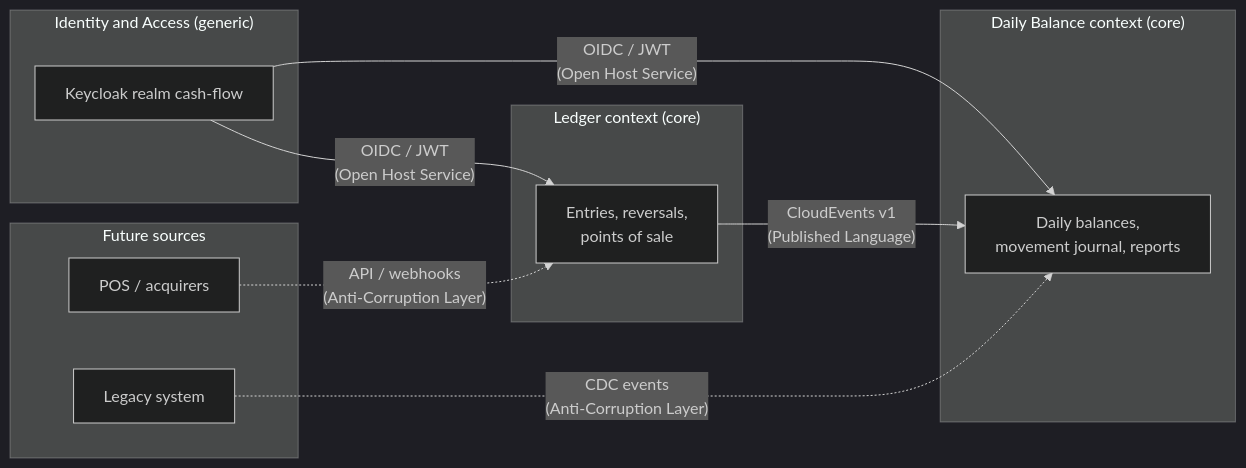
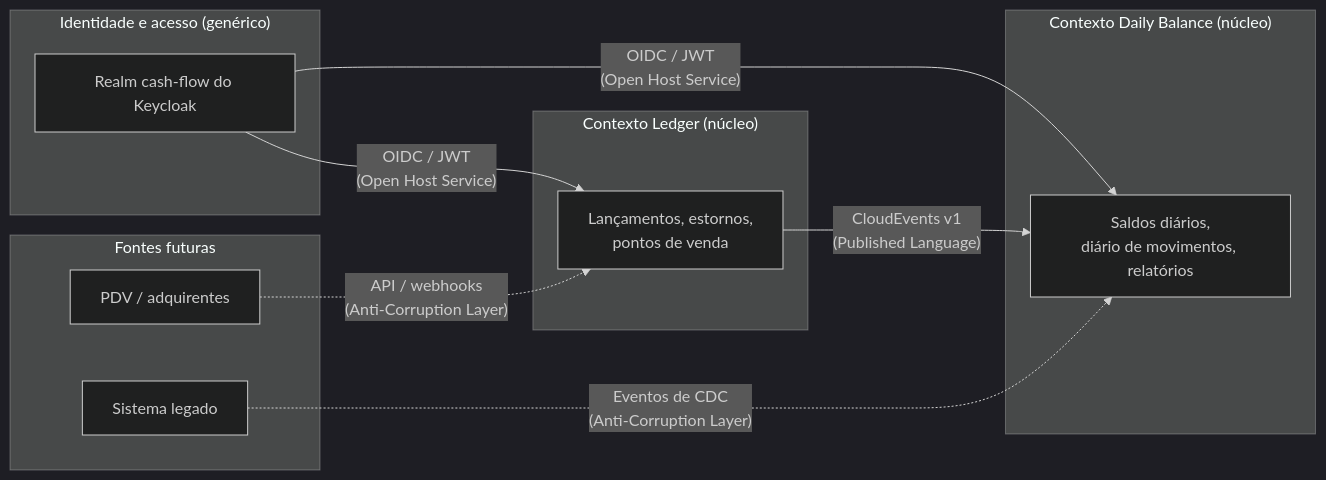
Before and after one commit to joaorizzont/cash-flow-test: the second of 3 diagrams in docs/01-business-domains-and-capabilities.md, drawn with Mermaid (dark theme). The commit also changed other lines of this file and 23 other files, not shown here.

First line of the commit message:
docs: translate architecture documentation to portuguese

````diff
--- a/docs/01-business-domains-and-capabilities.md
+++ b/docs/01-business-domains-and-capabilities.md
@@ -52,25 +52,25 @@
 ```mermaid
 flowchart LR
-  subgraph Identity["Identity and Access (generic)"]
-    KC[Keycloak realm cash-flow]
+  subgraph Identity["Identidade e acesso (genérico)"]
+    KC[Realm cash-flow do Keycloak]
   end
 
-  subgraph LedgerBC["Ledger context (core)"]
-    L[Entries, reversals,<br/>points of sale]
+  subgraph LedgerBC["Contexto Ledger (núcleo)"]
+    L[Lançamentos, estornos,<br/>pontos de venda]
   end
 
-  subgraph BalanceBC["Daily Balance context (core)"]
-    D[Daily balances,<br/>movement journal, reports]
+  subgraph BalanceBC["Contexto Daily Balance (núcleo)"]
+    D[Saldos diários,<br/>diário de movimentos, relatórios]
   end
 
-  subgraph Future["Future sources"]
-    POS[POS / acquirers]
-    LEG[Legacy system]
+  subgraph Future["Fontes futuras"]
+    POS[PDV / adquirentes]
+    LEG[Sistema legado]
   end
 
   KC -- "OIDC / JWT<br/>(Open Host Service)" --> L
   KC -- "OIDC / JWT<br/>(Open Host Service)" --> D
   L -- "CloudEvents v1<br/>(Published Language)" --> D
   POS -. "API / webhooks<br/>(Anti-Corruption Layer)" .-> L
-  LEG -. "CDC events<br/>(Anti-Corruption Layer)" .-> D
+  LEG -. "Eventos de CDC<br/>(Anti-Corruption Layer)" .-> D
 ```
````
